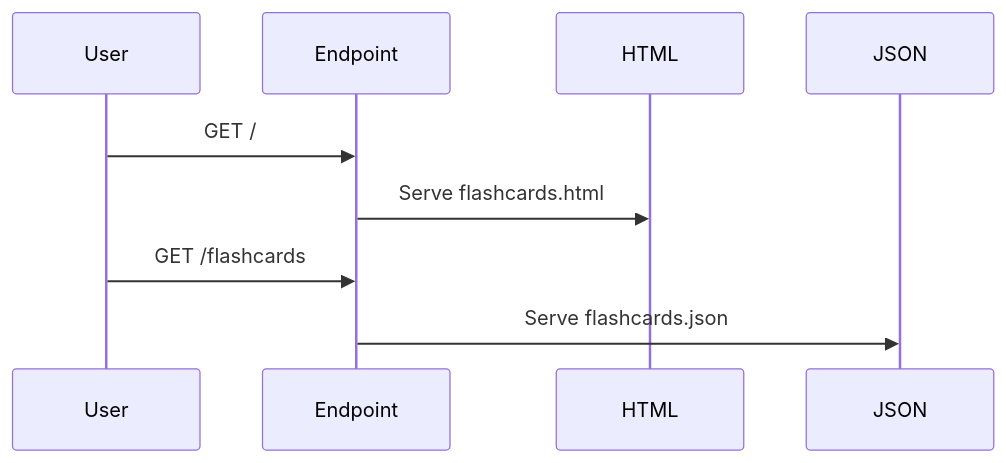
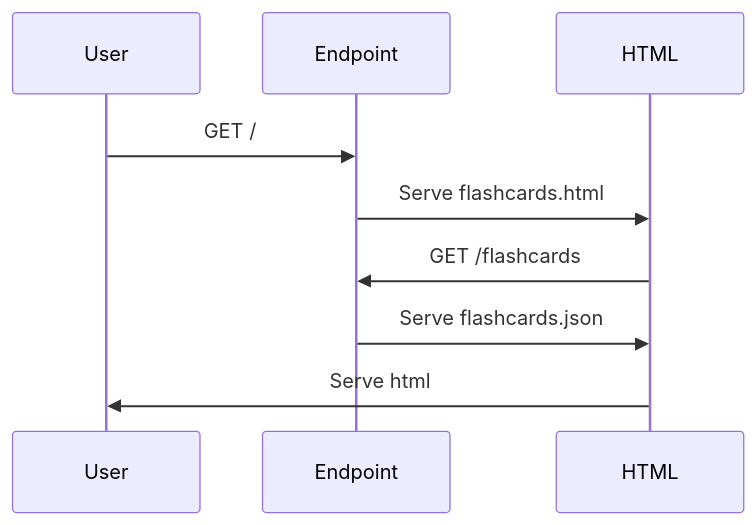
One commit to ianphil/simple_flashcards changed the diagram in README.md. Above: the diagram before and after it, drawn with Mermaid.

Commit message:
Updates mermaid diagram

````diff
--- a/README.md
+++ b/README.md
@@ -7,12 +7,12 @@
 ```mermaid
 sequenceDiagram
     participant User
     participant Endpoint
     participant HTML
-    participant JSON
 
     User->>Endpoint: GET /
     Endpoint->>HTML: Serve flashcards.html
-    User->>Endpoint: GET /flashcards
-    Endpoint->>JSON: Serve flashcards.json
+    HTML->>Endpoint: GET /flashcards
+    Endpoint->>HTML: Serve flashcards.json
+    HTML->>User: Serve html
 ```
````
